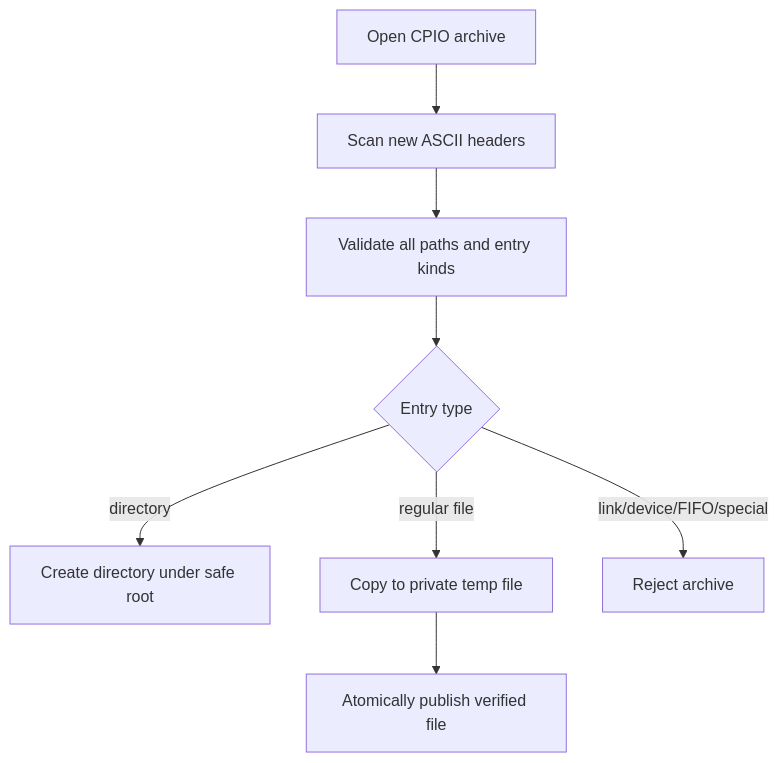
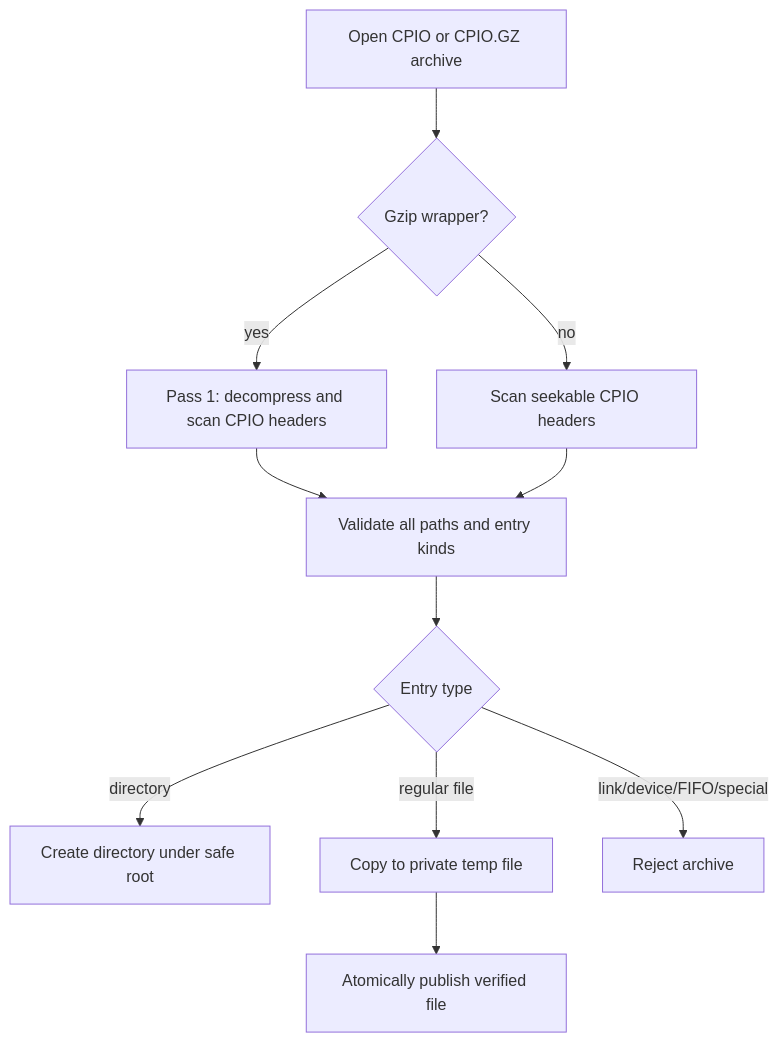
One commit to strmt7/SuperZip changed the second of 20 diagrams in docs/archive-format-support.md. Above: the diagram before and after it, drawn with Mermaid. The commit also changed other lines of this file and 23 other files, not shown here.

Commit message:
Add CPIO.GZ archive support

````diff
--- a/docs/archive-format-support.md
+++ b/docs/archive-format-support.md
@@ -352,10 +367,13 @@
 ```mermaid
 flowchart TD
-    A["Open CPIO archive"] --> B["Scan new ASCII headers"]
-    B --> C["Validate all paths and entry kinds"]
-    C --> D{"Entry type"}
-    D -->|"directory"| E["Create directory under safe root"]
-    D -->|"regular file"| F["Copy to private temp file"]
-    F --> G["Atomically publish verified file"]
-    D -->|"link/device/FIFO/special"| H["Reject archive"]
+    A["Open CPIO or CPIO.GZ archive"] --> B{"Gzip wrapper?"}
+    B -->|"yes"| C["Pass 1: decompress and scan CPIO headers"]
+    B -->|"no"| D["Scan seekable CPIO headers"]
+    C --> E["Validate all paths and entry kinds"]
+    D --> E
+    E --> F{"Entry type"}
+    F -->|"directory"| G["Create directory under safe root"]
+    F -->|"regular file"| H["Copy to private temp file"]
+    H --> I["Atomically publish verified file"]
+    F -->|"link/device/FIFO/special"| J["Reject archive"]
 ```
````
